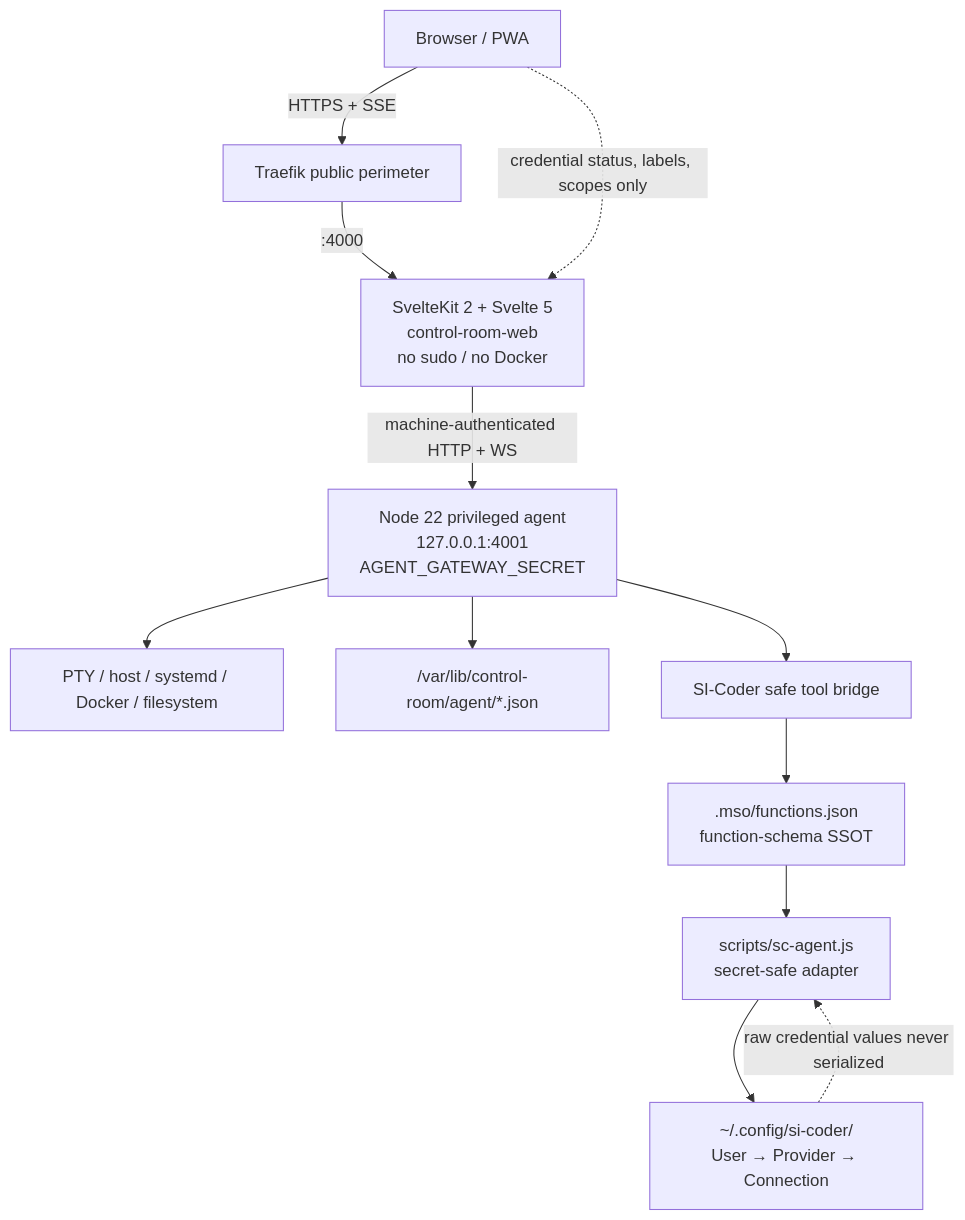
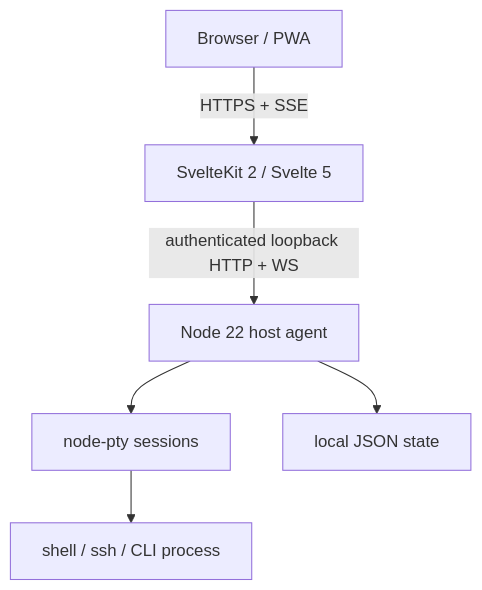
One commit to rahmanef63/control-room changed the diagram in README.md. Above: the diagram before and after it, drawn with Mermaid. The commit also changed other lines of this file and 132 other files, not shown here.

Commit message:
refactor(product): make control room terminal-first and evidence-driven

````diff
--- a/README.md
+++ b/README.md
@@ -95,16 +75,8 @@
 ```mermaid
 flowchart TD
-    Browser["Browser / PWA"] -->|HTTPS + SSE| Traefik["Traefik public perimeter"]
-    Traefik -->|:4000| Frontend["SvelteKit 2 + Svelte 5<br/>control-room-web<br/>no sudo / no Docker"]
-    Frontend -->|machine-authenticated HTTP + WS| Agent["Node 22 privileged agent<br/>127.0.0.1:4001<br/>AGENT_GATEWAY_SECRET"]
-
-    Agent --> PTY["PTY / host / systemd / Docker / filesystem"]
-    Agent --> State["/var/lib/control-room/agent/*.json"]
-    Agent --> Bridge["SI-Coder safe tool bridge"]
-    Bridge --> Manifest[".mso/functions.json<br/>function-schema SSOT"]
-    Manifest --> Adapter["scripts/sc-agent.js<br/>secret-safe adapter"]
-    Adapter --> Store["~/.config/si-coder/<br/>User → Provider → Connection"]
-
-    Browser -. "credential status, labels, scopes only" .-> Frontend
-    Store -. "raw credential values never serialized" .-> Adapter
+    Browser["Browser / PWA"] -->|HTTPS + SSE| Frontend["SvelteKit 2 / Svelte 5"]
+    Frontend -->|authenticated loopback HTTP + WS| Agent["Node 22 host agent"]
+    Agent --> PTY["node-pty sessions"]
+    PTY --> Shell["shell / ssh / CLI process"]
+    Agent --> State["local JSON state"]
 ```
````
